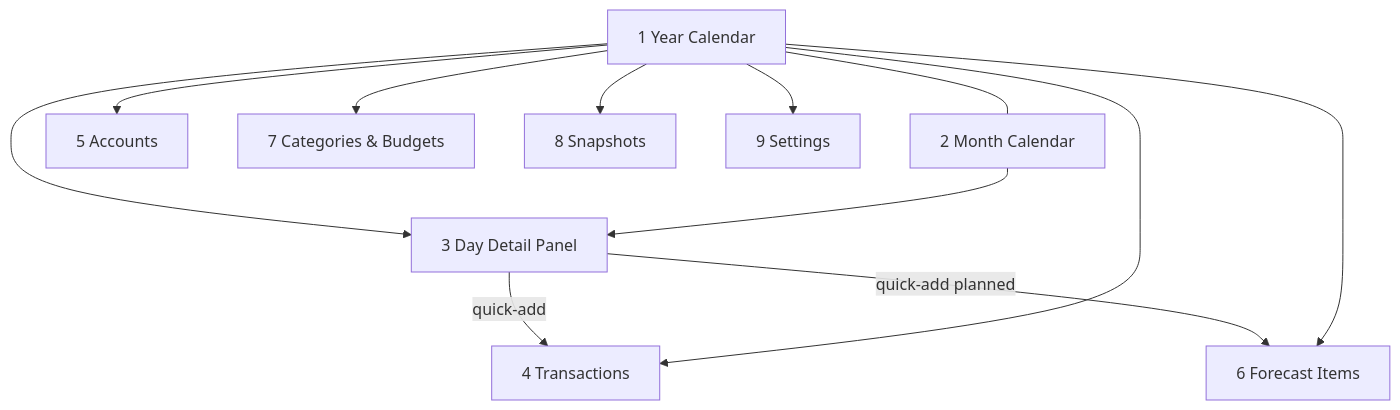
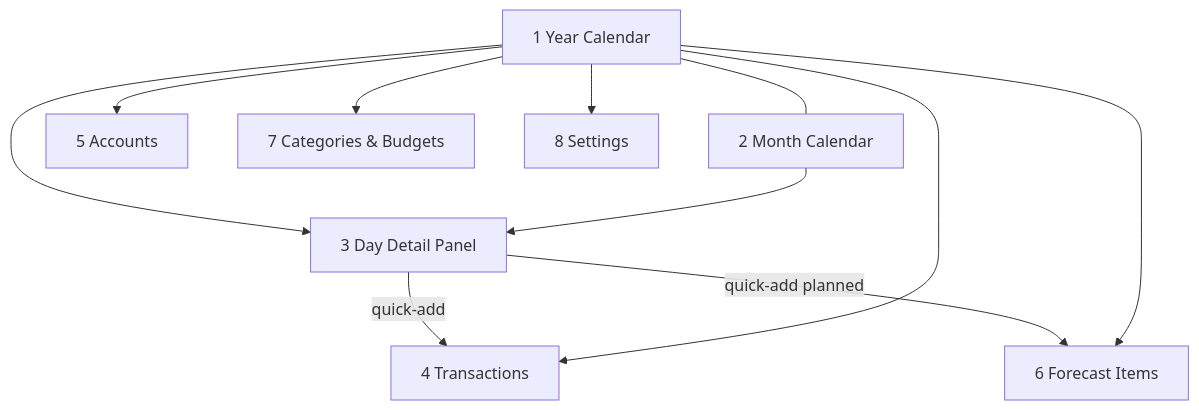
The diagram in docs/specs/003-screen-specs.md (renancardo/cashflow), drawn with Mermaid before and after one commit. The commit also changed other lines of this file and 14 other files, not shown here.

````diff
--- a/docs/specs/003-screen-specs.md
+++ b/docs/specs/003-screen-specs.md
@@ -51,19 +51,18 @@
 ```mermaid
 flowchart TB
   YearCal["1 Year Calendar"]
   MonthCal["2 Month Calendar"]
   DayPanel["3 Day Detail Panel"]
   Txn["4 Transactions"]
   Acct["5 Accounts"]
   Forecast["6 Forecast Items"]
   Budgets["7 Categories & Budgets"]
-  Snap["8 Snapshots"]
-  Settings["9 Settings"]
+  Settings["8 Settings"]
 
   YearCal --- MonthCal
   YearCal --> DayPanel
   MonthCal --> DayPanel
   DayPanel -->|quick-add| Txn
   DayPanel -->|quick-add planned| Forecast
-  YearCal --> Txn & Acct & Forecast & Budgets & Snap & Settings
+  YearCal --> Txn & Acct & Forecast & Budgets & Settings
 ```
````
